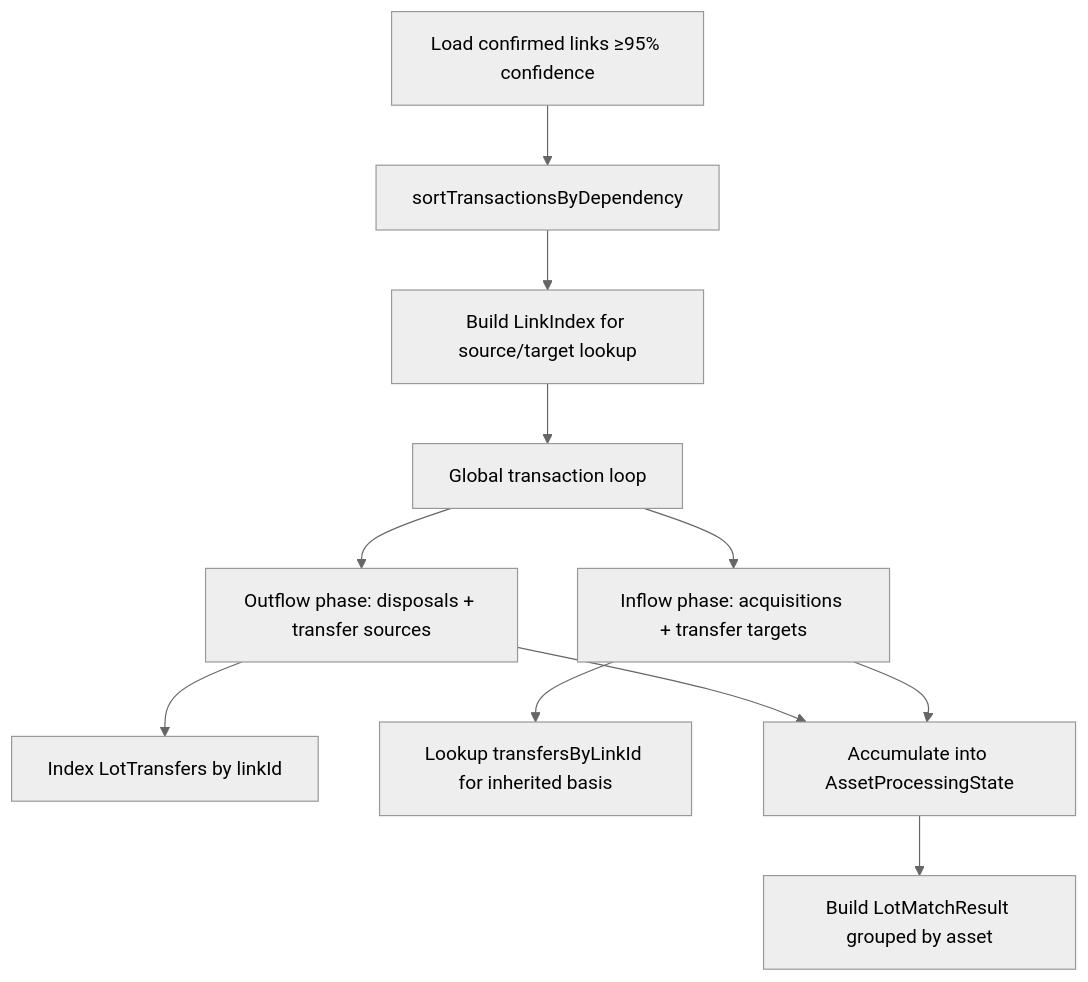
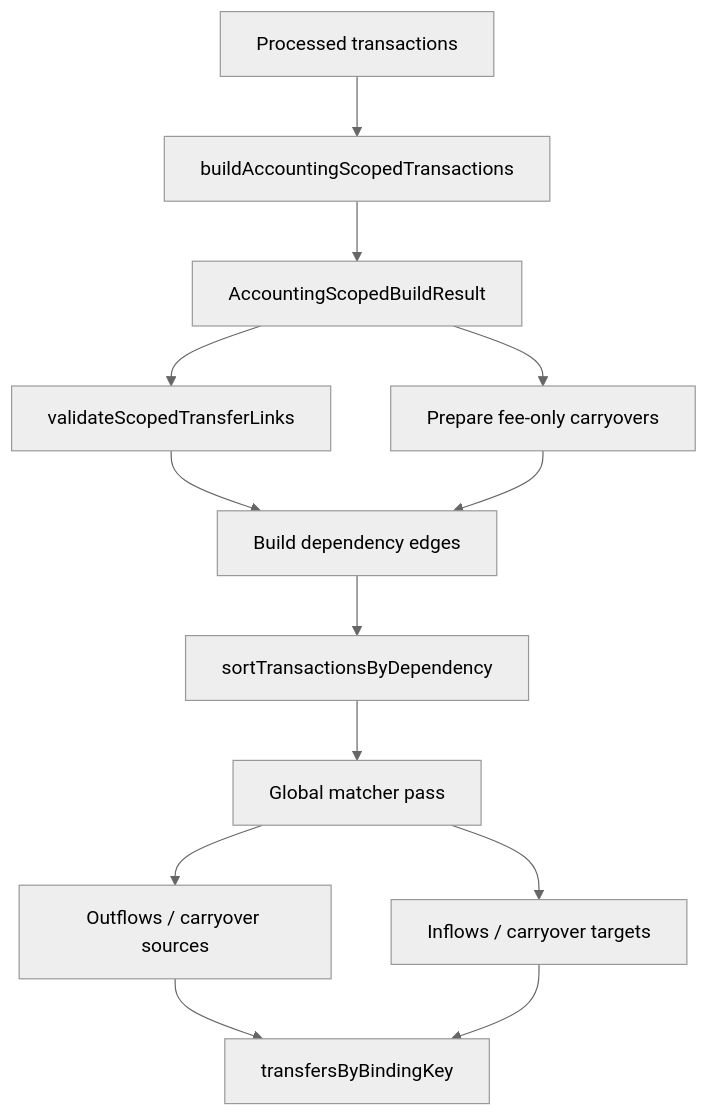
Before and after one commit to jbelanger/exitbook: the diagram in docs/specs/lot-matcher-transaction-dependency-ordering.md, drawn with Mermaid (neutral theme). The commit also changed other lines of this file and 38 other files, not shown here.

First line of the commit message:
feat: Refactor lot transfer processing and validation

````diff
--- a/docs/specs/lot-matcher-transaction-dependency-ordering.md
+++ b/docs/specs/lot-matcher-transaction-dependency-ordering.md
@@ -74,12 +76,15 @@
 ```mermaid
 graph TD
-    A[Load confirmed links ≥95% confidence] --> B[sortTransactionsByDependency]
-    B --> C[Build LinkIndex for source/target lookup]
-    C --> D[Global transaction loop]
-    D --> E[Outflow phase: disposals + transfer sources]
-    E --> F[Index LotTransfers by linkId]
-    D --> G[Inflow phase: acquisitions + transfer targets]
-    G --> H[Lookup transfersByLinkId for inherited basis]
-    E & G --> I[Accumulate into AssetProcessingState]
-    I --> J[Build LotMatchResult grouped by asset]
+    A["Processed transactions"] --> B["buildAccountingScopedTransactions"]
+    B --> C["AccountingScopedBuildResult"]
+    C --> D["validateScopedTransferLinks"]
+    C --> E["Prepare fee-only carryovers"]
+    D --> F["Build dependency edges"]
+    E --> F
+    F --> G["sortTransactionsByDependency"]
+    G --> H["Global matcher pass"]
+    H --> I["Outflows / carryover sources"]
+    H --> J["Inflows / carryover targets"]
+    I --> K["transfersByBindingKey"]
+    J --> K
 ```
````
